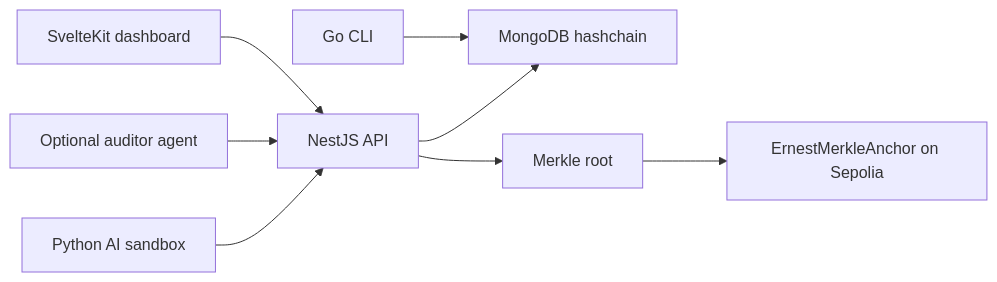
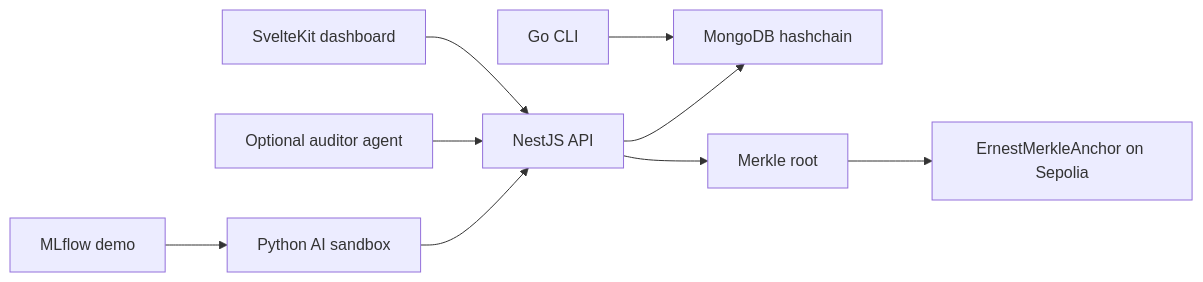
Before and after one commit to ccastromar/ai-blockchain-provenance: the diagram in README.md, drawn with Mermaid. The commit also changed other lines of this file and 21 other files, not shown here.

Commit message:
Add mlflow demo

````diff
--- a/README.md
+++ b/README.md
@@ -43,10 +43,11 @@
 ```mermaid
 flowchart LR
   UI["SvelteKit dashboard"] --> API["NestJS API"]
   CLI["Go CLI"] --> Mongo["MongoDB hashchain"]
   API --> Mongo
   API --> Merkle["Merkle root"]
   Merkle --> Contract["ErnestMerkleAnchor on Sepolia"]
+  MLflow["MLflow demo"] --> Sandbox["Python AI sandbox"]
   Auditor["Optional auditor agent"] --> API
   Sandbox["Python AI sandbox"] --> API
 ```
````
